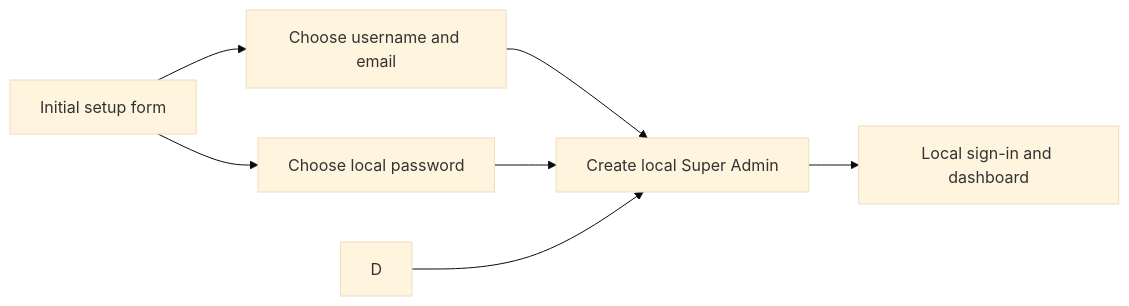
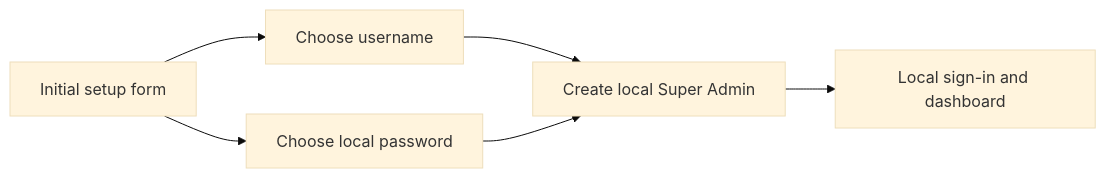
One commit to AxiumCyber/AxiumCyber-Website changed the fourth of 4 diagrams in README.md. Above: the diagram before and after it, drawn with Mermaid (base theme). The commit also changed other lines of this file and 2 other files, not shown here.

````diff
--- a/README.md
+++ b/README.md
@@ -141,9 +141,8 @@
 ```mermaid
 flowchart LR
-    A[Initial setup form] --> B[Choose username and email]
+    A[Initial setup form] --> B[Choose username]
     A --> C[Choose local password]
     B --> E[Create local Super Admin]
     C --> E
-    D --> E
     E --> F[Local sign-in and dashboard]
 ```
````
